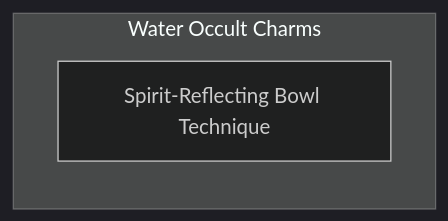
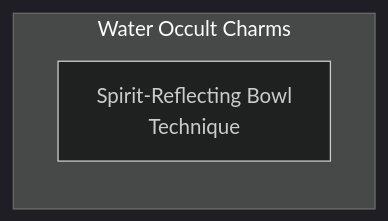
One commit to jrobichaud/exalted-charms-1e changed the diagram in docs/mermaid/dragon_blooded/air_occult_1.mmd. Above: the diagram before and after it, drawn with Mermaid. The commit also changed 11 other files, not shown here.

```diff
--- a/docs/mermaid/dragon_blooded/air_occult_1.mmd
+++ b/docs/mermaid/dragon_blooded/air_occult_1.mmd
@@ -1,38 +1,38 @@
 ---
 config:
   theme: dark
 ---
 flowchart TD
 
     %% described in Storyteller's Companion
     subgraph water_occult[Water Occult Charms]
         direction TB
 
-        spirit_reflecting_bowl[Spirit-Reflecting Bowl Technique]
+        spirit_reflecting_bowl[Spirit-Reflecting Bowl<br>Technique]
         click spirit_reflecting_bowl callback "
             Spirit-Reflecting Bowl Technique<br>
             <br>
             Cost: 3 motes<br>
             Duration: Until disrupted<br>
             Type: Simple<br>
             Minimum Occult: 2<br>
             Minimum Essence: 1<br>
             Prerequisite Charms: None<br>
             <br>
             Water has deep connections to the spirit world.
             Dragon-Blooded characters with occult interests can use
             this connection to see and communicate with the unseen
             spirits of the world. The character requires nothing more
             than an ordinary bowl of water. As long as the Dynast
             concentrates, she can see nearby spirits reflected in the
             water and hear what they say. A clever Dragon-Blood
             might even do this without the spirits noticing - for
             instance, by using a goblet of water and taking a sip now
             and then, while pretending to do something else.<br>
             Cascade Charms:<br>
             • More powerful and learned Dynasts can actually
             search for a spirit using a bowl of water, and communicate
             with it at a distance.
             "
 
     end
```
